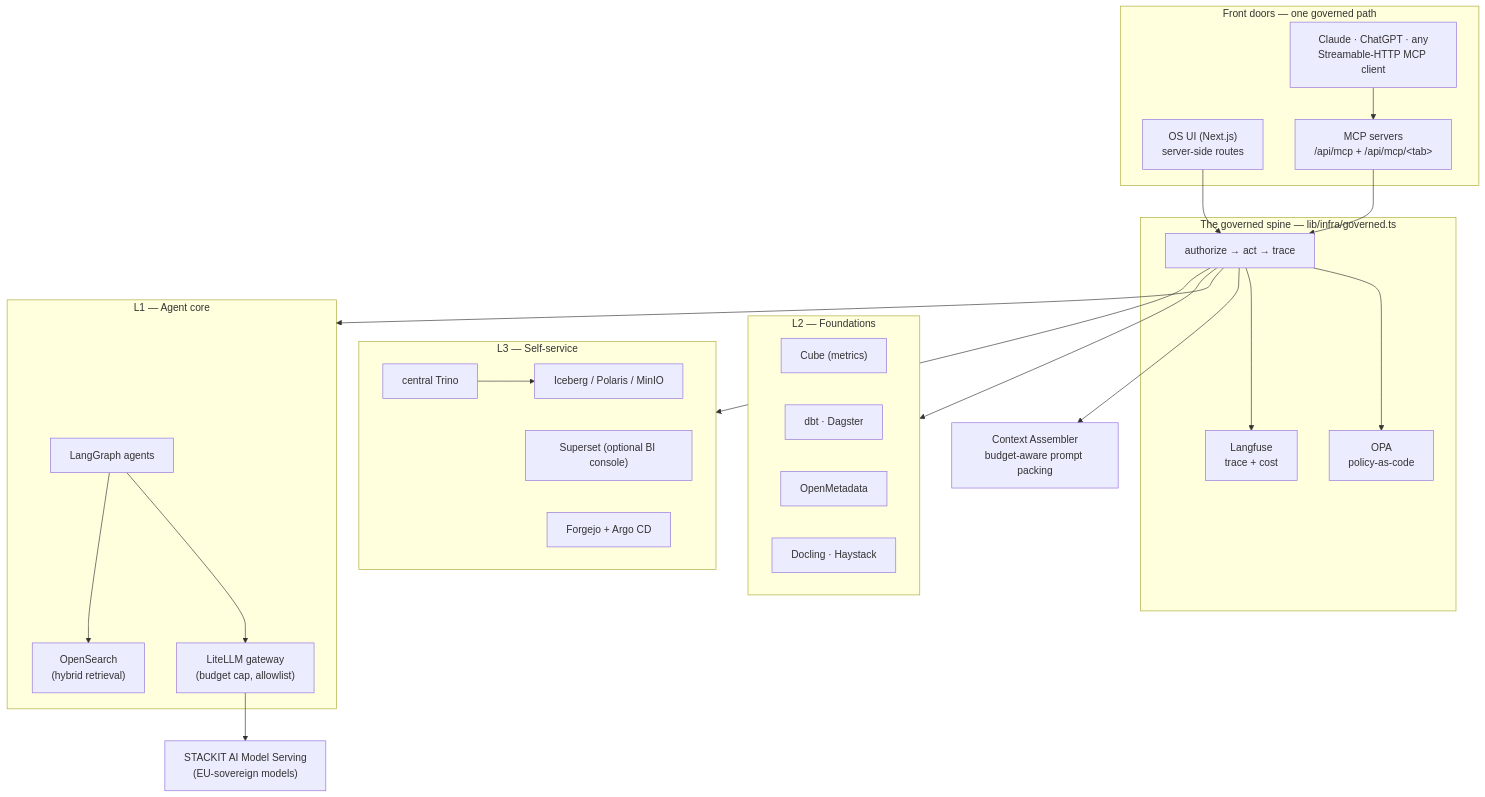
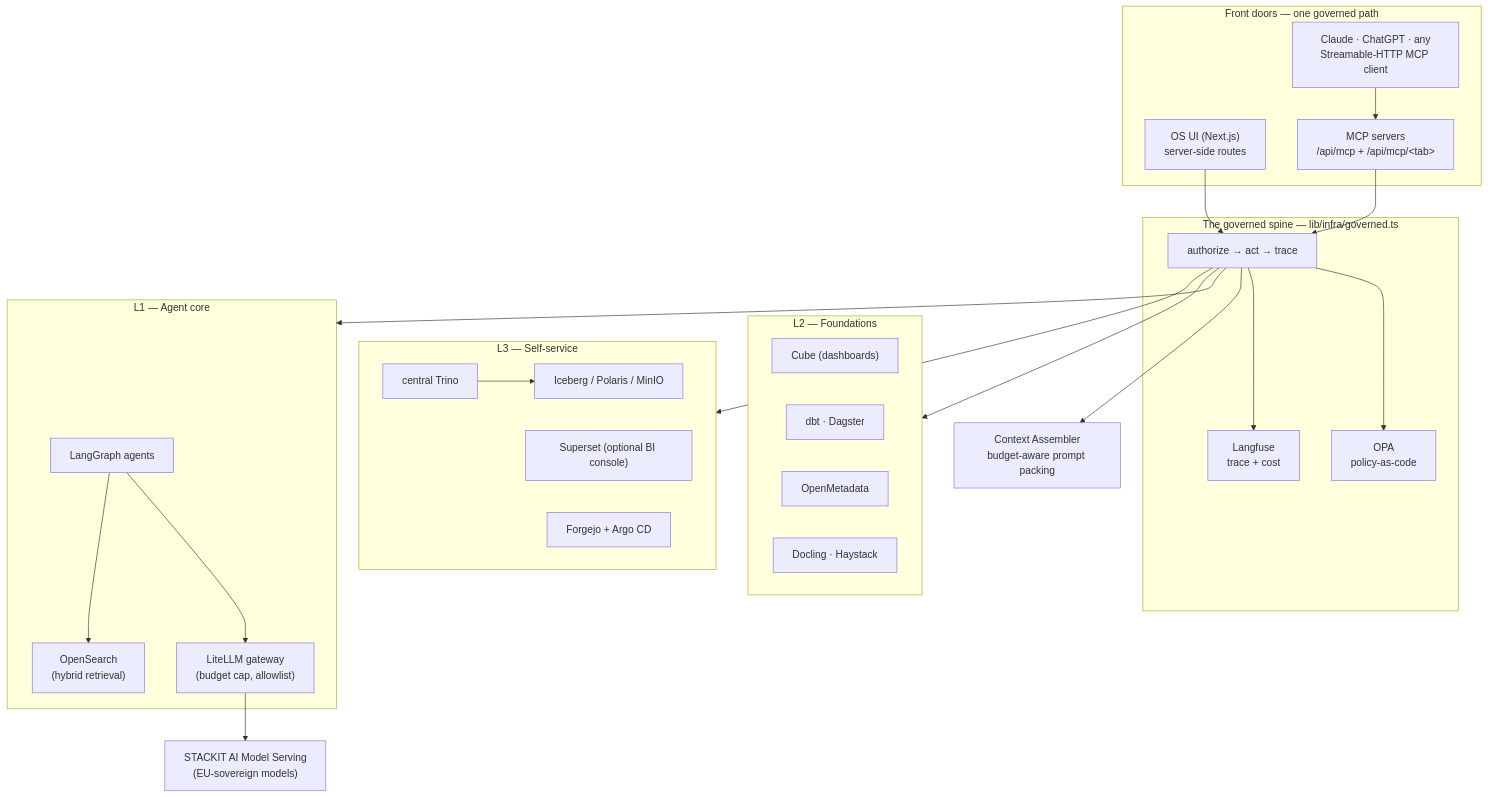
The diagram in docs/Sovereign-Agentic-OS-Guide.md (Data-Masterclass/sovereign-agentic-os), drawn with Mermaid before and after one commit. The commit also changed other lines of this file and 1 other file, not shown here.

First line of the commit message:
docs(guide): reflect os-ui 0.6.28–0.6.31 — in-flow Data AI, Gold flow, Trino-SQL metrics

````diff
--- a/docs/Sovereign-Agentic-OS-Guide.md
+++ b/docs/Sovereign-Agentic-OS-Guide.md
@@ -656,48 +698,48 @@
 ```mermaid
 flowchart TB
   subgraph front["Front doors — one governed path"]
     UI["OS UI (Next.js)<br/>server-side routes"]
     MCP["MCP servers<br/>/api/mcp + /api/mcp/&lt;tab&gt;"]
     EXT["Claude · ChatGPT · any<br/>Streamable-HTTP MCP client"]
     EXT --> MCP
   end
 
   UI --> SPINE
   MCP --> SPINE
 
   subgraph spine["The governed spine — lib/infra/governed.ts"]
     SPINE["authorize → act → trace"]
     OPA["OPA<br/>policy-as-code"]
     LF["Langfuse<br/>trace + cost"]
     SPINE --> OPA
     SPINE --> LF
   end
 
   SPINE --> L1 & L2 & L3 & CTX
 
   subgraph L1["L1 — Agent core"]
     LG["LangGraph agents"]
     LL["LiteLLM gateway<br/>(budget cap, allowlist)"]
     OS["OpenSearch<br/>(hybrid retrieval)"]
     LG --> LL
     LG --> OS
   end
 
   subgraph L2["L2 — Foundations"]
-    CUBE["Cube (metrics)"]
+    CUBE["Cube (dashboards)"]
     DBT["dbt · Dagster"]
     OM["OpenMetadata"]
     DOC["Docling · Haystack"]
   end
 
   subgraph L3["L3 — Self-service"]
     TRINO["central Trino"]
     ICE["Iceberg / Polaris / MinIO"]
     SUP["Superset (optional BI console)"]
     FORGE["Forgejo + Argo CD"]
     TRINO --> ICE
   end
 
   CTX["Context Assembler<br/>budget-aware prompt packing"]
   LL --> STK["STACKIT AI Model Serving<br/>(EU-sovereign models)"]
 ```
````
